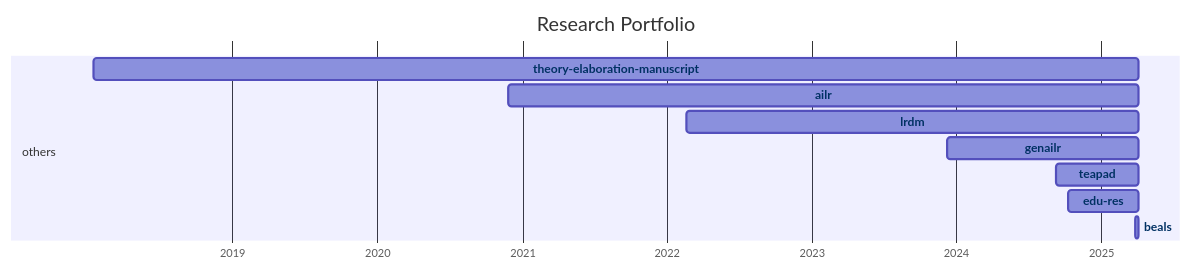
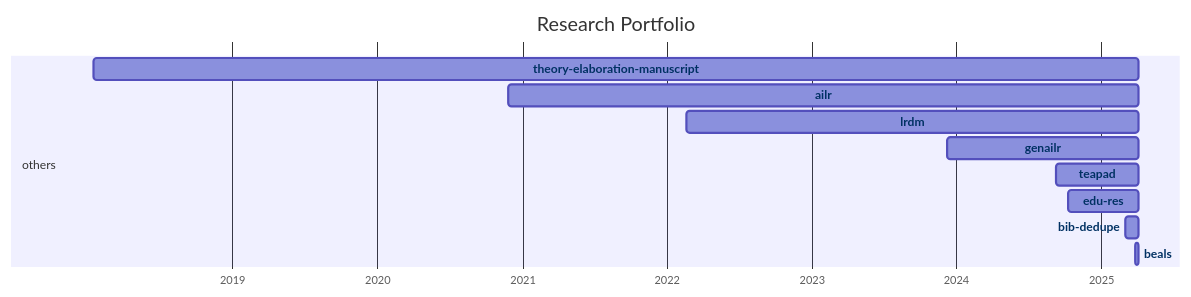
The diagram in docs/20-research/25-projects-gantt.md (digital-work-lab/handbook), drawn with Mermaid before and after one commit. The commit also changed 4 other files, not shown here.

````diff
--- a/docs/20-research/25-projects-gantt.md
+++ b/docs/20-research/25-projects-gantt.md
@@ -8,33 +8,35 @@
 ```mermaid
 ---
 displayMode: compact
 ---
 gantt
 title Research Portfolio
 dateFormat YYYY-MM-DD
 axisFormat %Y
 
     section work_practices
 
     section distributed_organizing
 
     section knowledge_synthesis
 
     section others
         beals :beals, 2025-03-28, 2025-04-06
+        bib-dedupe :bib-dedupe, 2025-03-04, 2025-04-06
         edu-res :edu-res, 2024-10-10, 2025-04-06
         teapad :teapad, 2024-09-10, 2025-04-06
         genailr :genailr, 2023-12-10, 2025-04-06
         lrdm :lrdm, 2022-02-20, 2025-04-06
         ailr :ailr, 2020-11-26, 2025-04-06
         theory-elaboration-manuscript :theory-elaboration-manuscript, 2018-01-15, 2025-04-06
 
 
     click beals href "{{ site.baseurl }}/docs/20-research/25-projects/_repos/beals"
+    click bib-dedupe href "{{ site.baseurl }}/docs/20-research/25-projects/_repos/bib-dedupe"
     click edu-res href "{{ site.baseurl }}/docs/20-research/25-projects/_repos/edu-res"
     click teapad href "{{ site.baseurl }}/docs/20-research/25-projects/_repos/teapad"
     click genailr href "{{ site.baseurl }}/docs/20-research/25-projects/_repos/genailr"
     click lrdm href "{{ site.baseurl }}/docs/20-research/25-projects/_repos/lrdm"
     click ailr href "{{ site.baseurl }}/docs/20-research/25-projects/_repos/ailr"
     click theory-elaboration-manuscript href "{{ site.baseurl }}/docs/20-research/25-projects/_repos/theory-elaboration-manuscript"
 ```
````
